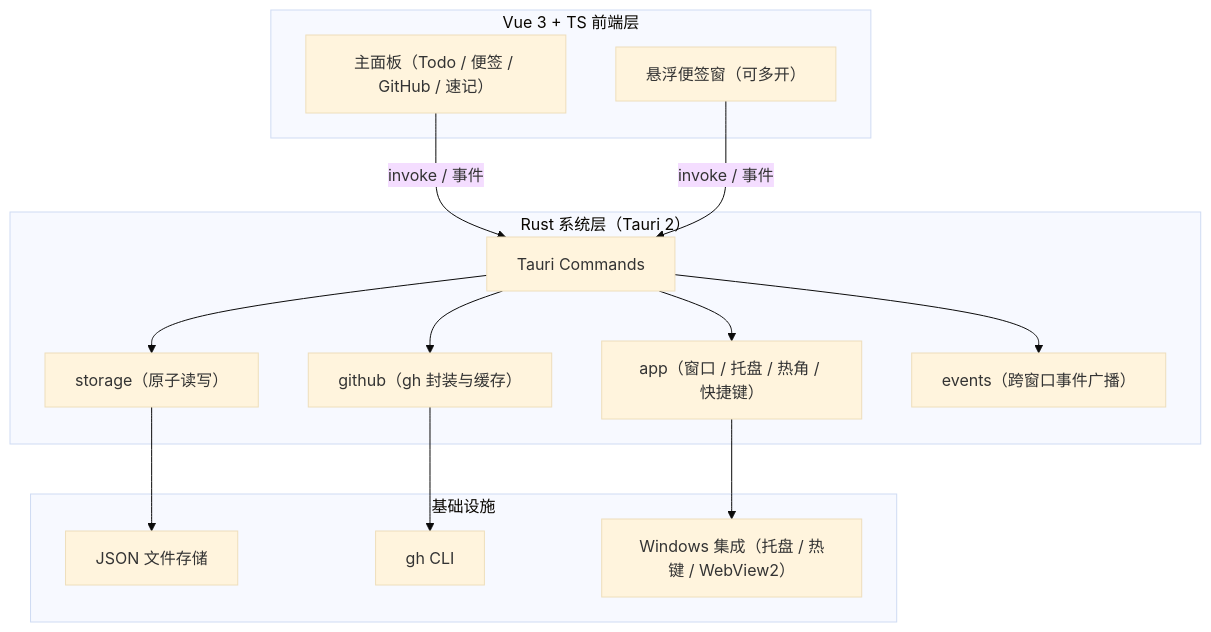
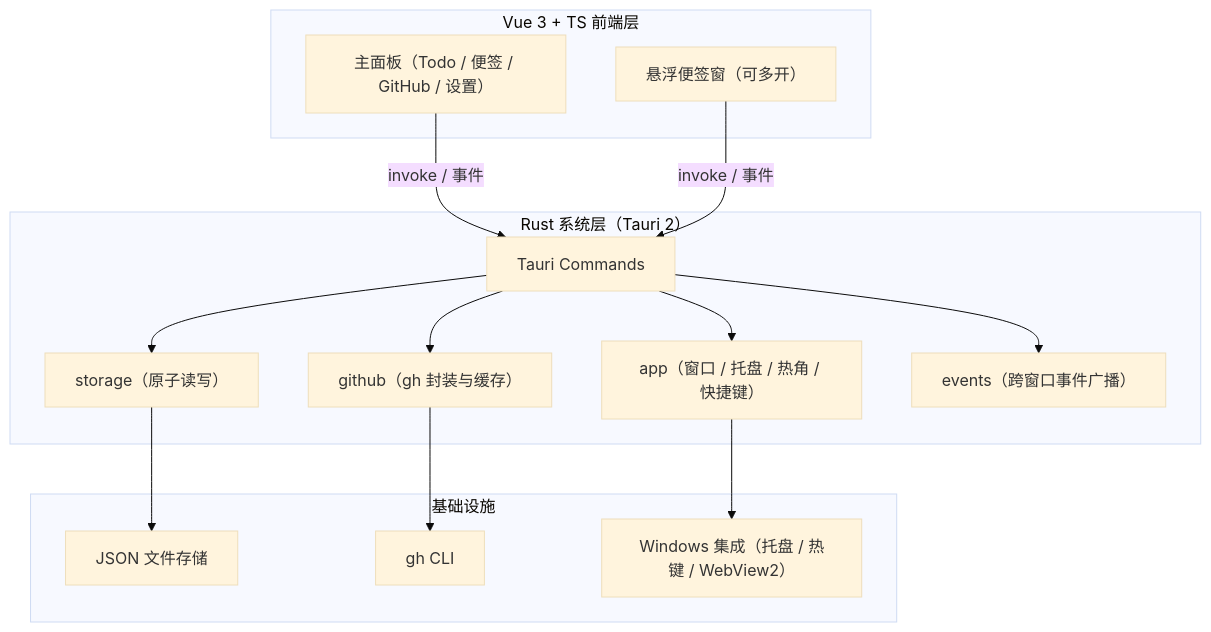
The first of 3 diagrams in docs/architecture.md (wynxing/MayDolist), drawn with Mermaid (base theme) before and after one commit. The commit also changed other lines of this file and 16 other files, not shown here.

````diff
--- a/docs/architecture.md
+++ b/docs/architecture.md
@@ -61,31 +61,31 @@
 ```mermaid
 flowchart TB
     subgraph UI["Vue 3 + TS 前端层"]
-        Main["主面板（Todo / 便签 / GitHub / 速记）"]
+        Main["主面板（Todo / 便签 / GitHub / 设置）"]
         Note["悬浮便签窗（可多开）"]
     end
 
     subgraph Rust["Rust 系统层（Tauri 2）"]
         Cmd["Tauri Commands"]
         App["app（窗口 / 托盘 / 热角 / 快捷键）"]
         Store["storage（原子读写）"]
         Gh["github（gh 封装与缓存）"]
         Evt["events（跨窗口事件广播）"]
     end
 
     subgraph Infra["基础设施"]
         FS["JSON 文件存储"]
         GhCli["gh CLI"]
         OS["Windows 集成（托盘 / 热键 / WebView2）"]
     end
 
     Main -->|invoke / 事件| Cmd
     Note -->|invoke / 事件| Cmd
     Cmd --> App
     Cmd --> Store
     Cmd --> Gh
     Cmd --> Evt
     Store --> FS
     Gh --> GhCli
     App --> OS
 ```
````
